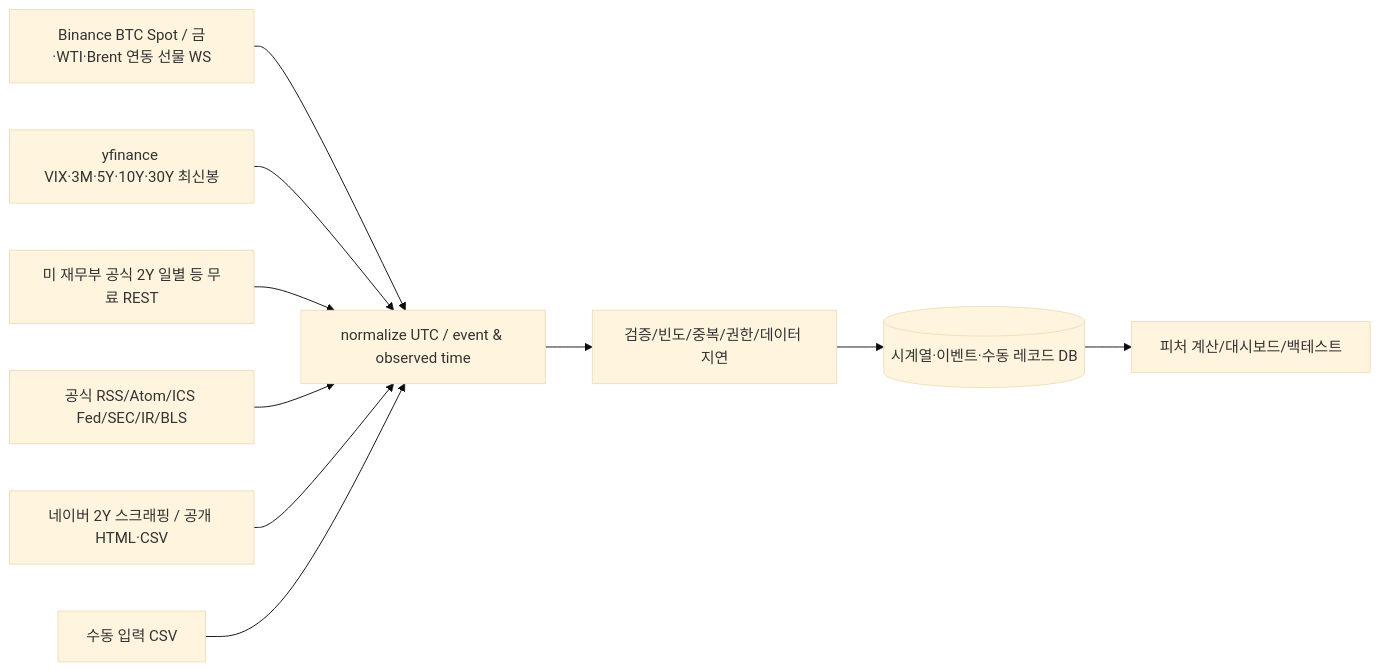
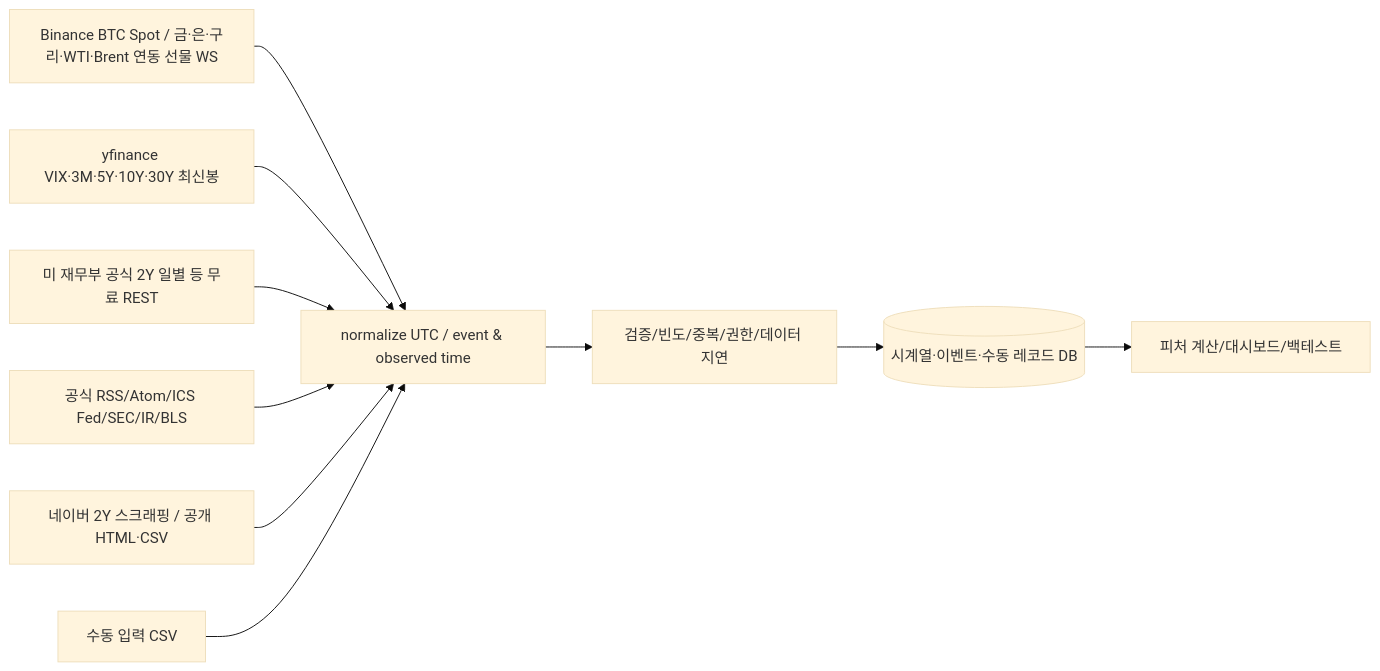
The diagram in docs/indicator-collection/Collector_Design.md (ELSAPHABA/Auto-Axe), drawn with Mermaid (base theme) before and after one commit. The commit also changed other lines of this file and 34 other files, not shown here.

````diff
--- a/docs/indicator-collection/Collector_Design.md
+++ b/docs/indicator-collection/Collector_Design.md
@@ -27,12 +27,12 @@
 ```mermaid
 flowchart LR
-  A[Binance BTC Spot / 금·WTI·Brent 연동 선물 WS] --> N
+  A[Binance BTC Spot / 금·은·구리·WTI·Brent 연동 선물 WS] --> N
   X[yfinance VIX·3M·5Y·10Y·30Y 최신봉] --> N[normalize UTC / event & observed time]
   B[미 재무부 공식 2Y 일별 등 무료 REST] --> N
   C[공식 RSS/Atom/ICS Fed/SEC/IR/BLS] --> N
   D[네이버 2Y 스크래핑 / 공개 HTML·CSV] --> N
   E[수동 입력 CSV] --> N
   N --> Q[검증/빈도/중복/권한/데이터 지연]
   Q --> DB[(시계열·이벤트·수동 레코드 DB)]
   DB --> P[피처 계산/대시보드/백테스트]
 ```
````
